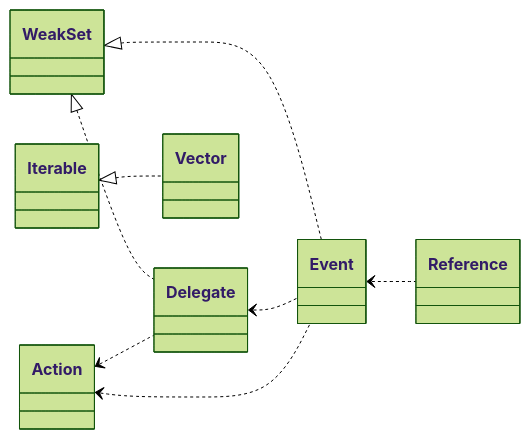
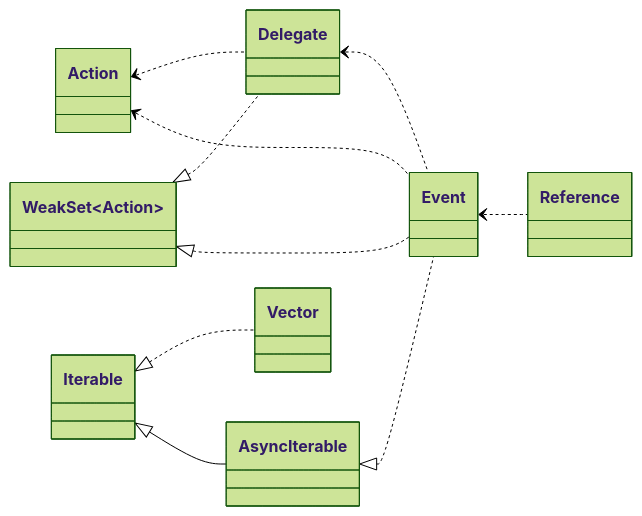
Before and after one commit to domrally/peekeasy: the fourth of 4 diagrams in README.md, drawn with Mermaid (forest theme).

````diff
--- a/README.md
+++ b/README.md
@@ -204,17 +204,19 @@
 ```mermaid
 classDiagram
     direction LR
-    WeakSet <|.. Delegate
-    WeakSet <|.. Event
-    Delegate <.. Event
-    Event <.. Reference
     Action <.. Delegate
     Action <.. Event
+    WeakSet~Action~ <|.. Delegate
+    WeakSet~Action~ <|.. Event
+    Delegate <.. Event
+    AsyncIterable <|.. Event
+    Event <.. Reference
     Iterable <|.. Vector
+    Iterable <|-- AsyncIterable
     class Delegate
     link Delegate "https://github.com/domrally/peekeasy/blob/main/src/delegate.ts" "delegate.ts"
     class Event
     link Event "https://github.com/domrally/peekeasy/blob/main/src/event.ts" "event.ts"
     class Vector
     link Vector "https://github.com/domrally/peekeasy/blob/main/src/vector.ts" "vector.ts"
 ```
````
